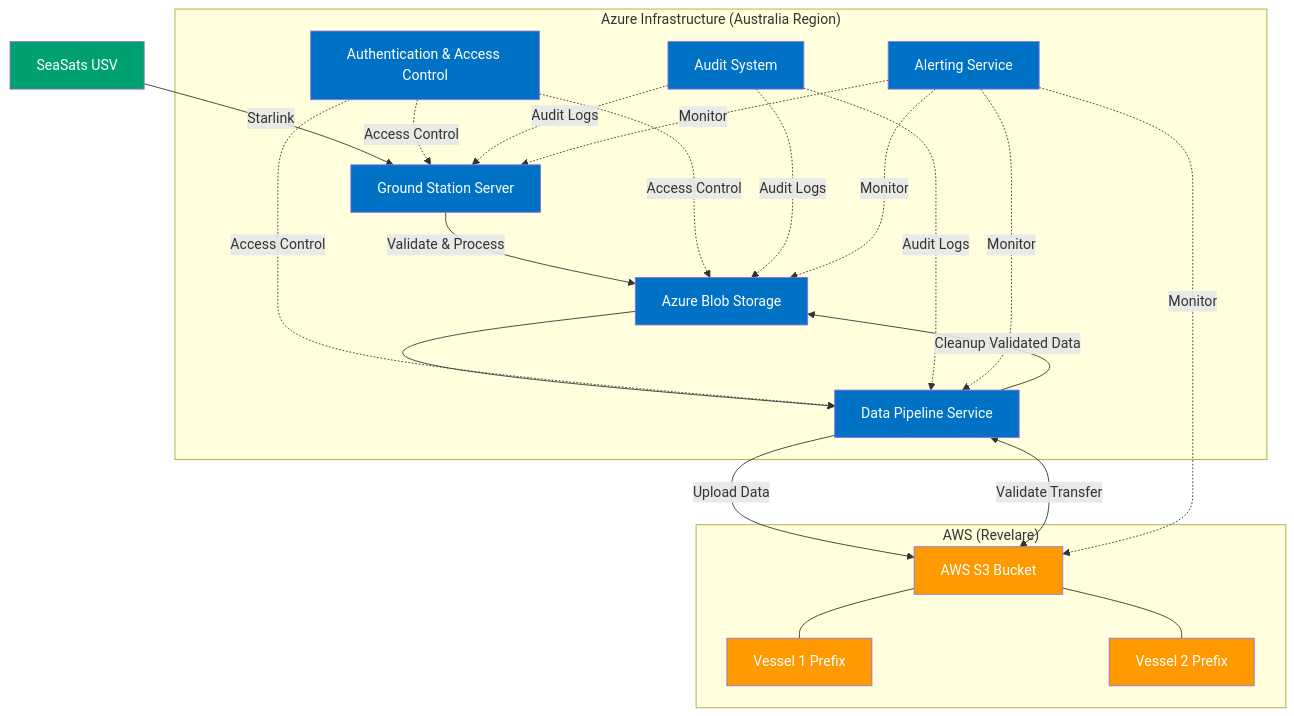
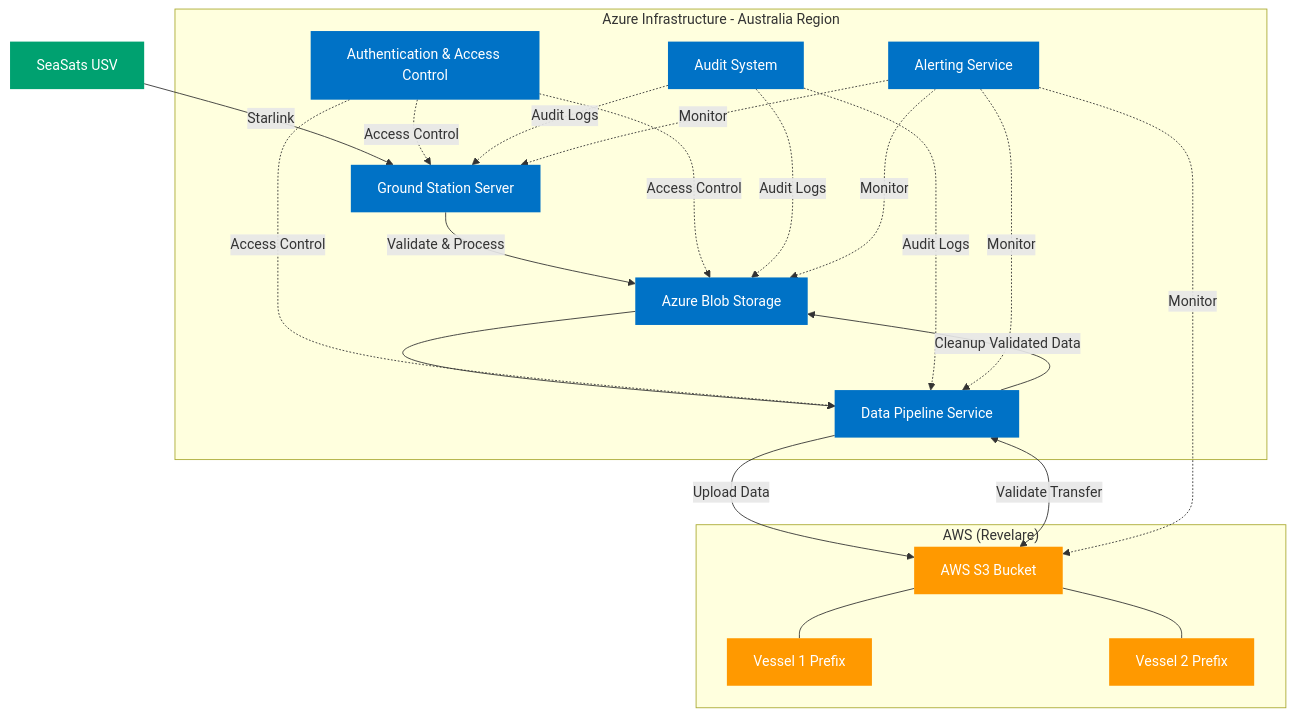
Before and after one commit to CAST-Intelligence/elysium-usv: the first of 2 diagrams in README.md, drawn with Mermaid.

Commit message:
Fix Azure Infrastructure title in diagram to stay on one line

````diff
--- a/README.md
+++ b/README.md
@@ -11,48 +11,48 @@
 ```mermaid
 flowchart TD
     USV[SeaSats USV] -->|Starlink| GS[Ground Station Server]
     GS -->|Validate & Process| ABS[Azure Blob Storage]
     ABS --> DPS[Data Pipeline Service]
     
-    subgraph "Azure Infrastructure (Australia Region)"
+    subgraph "Azure Infrastructure - Australia Region"
         GS
         ABS
         DPS
         AAC[Authentication & Access Control]
         AS[Audit System]
         AL[Alerting Service]
     end
     
     subgraph "AWS (Revelare)"
         S3[AWS S3 Bucket]
         S3P1[Vessel 1 Prefix]
         S3P2[Vessel 2 Prefix]
         S3 --- S3P1
         S3 --- S3P2
     end
     
     DPS -->|Upload Data| S3
     DPS <-->|Validate Transfer| S3
     DPS -->|Cleanup Validated Data| ABS
     
     AAC -.->|Access Control| GS
     AAC -.->|Access Control| ABS
     AAC -.->|Access Control| DPS
     
     AS -.->|Audit Logs| GS
     AS -.->|Audit Logs| ABS
     AS -.->|Audit Logs| DPS
     
     AL -.->|Monitor| GS
     AL -.->|Monitor| ABS
     AL -.->|Monitor| DPS
     AL -.->|Monitor| S3
     
-    classDef azure fill:#0072C6,color:white;
-    classDef aws fill:#FF9900,color:white;
-    classDef usv fill:#00A170,color:white;
+    classDef azure fill:#0072C6,color:white,stroke:none;
+    classDef aws fill:#FF9900,color:white,stroke:none;
+    classDef usv fill:#00A170,color:white,stroke:none;
     
     class GS,ABS,DPS,AAC,AS,AL azure;
     class S3,S3P1,S3P2 aws;
     class USV usv;
 ```
````
